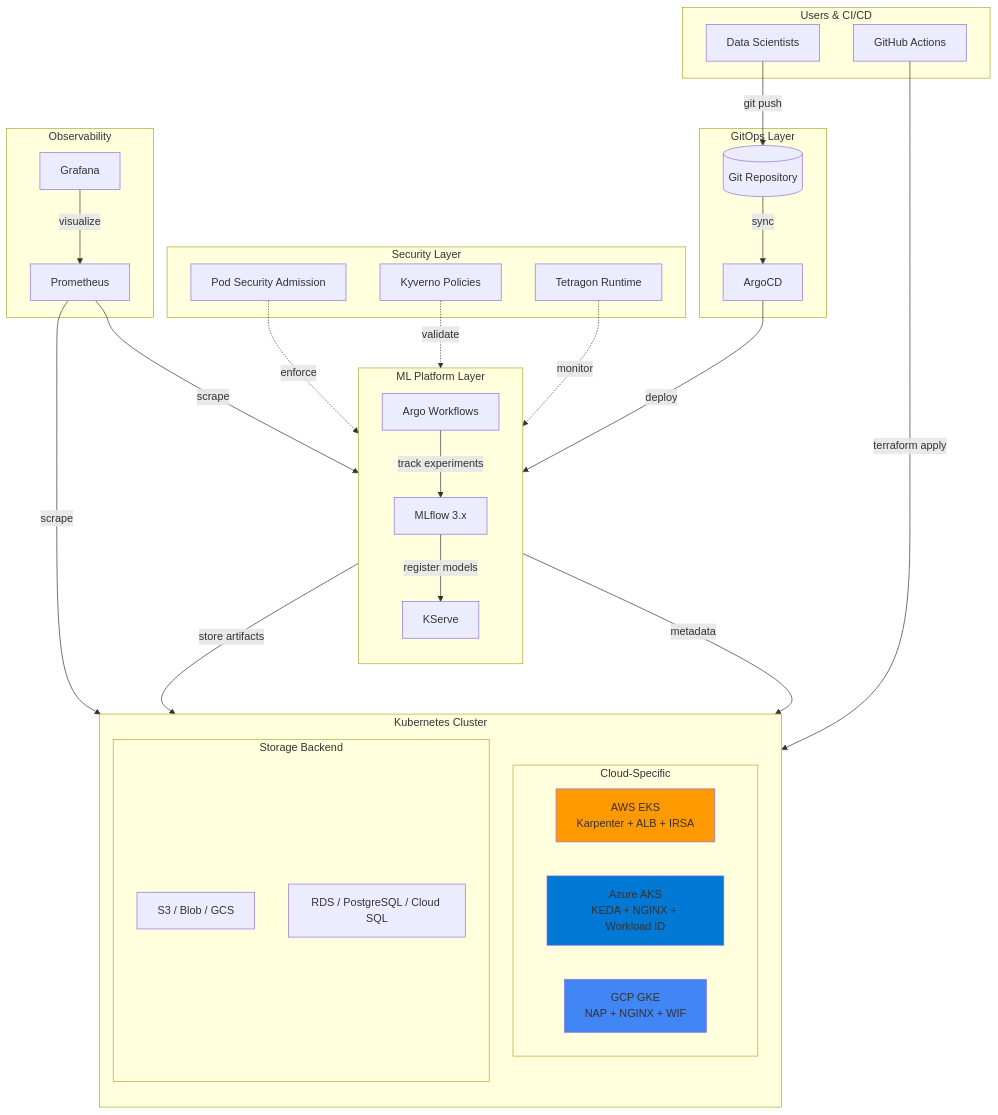
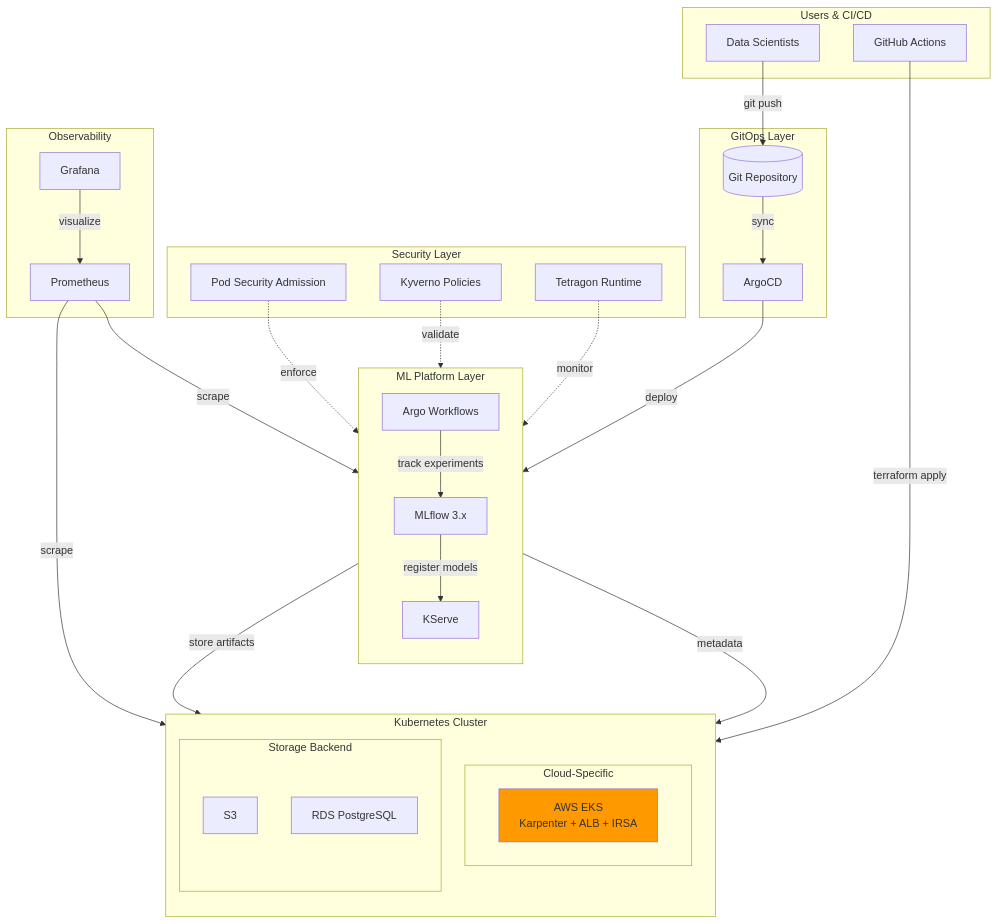
Before and after one commit to judeoyovbaire/mlops-platform: the diagram in docs/architecture.md, drawn with Mermaid. The commit also changed other lines of this file and 155 other files, not shown here.

First line of the commit message:
refactor!: remove Azure and GCP (ADR-017, JDH-407)

````diff
--- a/docs/architecture.md
+++ b/docs/architecture.md
@@ -9,65 +9,61 @@
 ```mermaid
 flowchart TB
     subgraph Users["Users & CI/CD"]
         DS[Data Scientists]
         CI[GitHub Actions]
     end
 
     subgraph GitOps["GitOps Layer"]
         ArgoCD[ArgoCD]
         Git[(Git Repository)]
     end
 
     subgraph MLPlatform["ML Platform Layer"]
         direction TB
         Argo[Argo Workflows]
         MLflow[MLflow 3.x]
         KServe[KServe]
     end
 
     subgraph Security["Security Layer"]
         PSA[Pod Security Admission]
         Kyverno[Kyverno Policies]
         Tetragon[Tetragon Runtime]
     end
 
     subgraph Observability["Observability"]
         Prometheus[Prometheus]
         Grafana[Grafana]
     end
 
     subgraph K8s["Kubernetes Cluster"]
         direction TB
         subgraph CloudSpecific["Cloud-Specific"]
             AWS["AWS EKS<br/>Karpenter + ALB + IRSA"]
-            Azure["Azure AKS<br/>KEDA + NGINX + Workload ID"]
-            GCP["GCP GKE<br/>NAP + NGINX + WIF"]
         end
         subgraph Storage["Storage Backend"]
-            S3["S3 / Blob / GCS"]
-            DB["RDS / PostgreSQL / Cloud SQL"]
+            S3["S3"]
+            DB["RDS PostgreSQL"]
         end
     end
 
     DS -->|git push| Git
     CI -->|terraform apply| K8s
     Git -->|sync| ArgoCD
     ArgoCD -->|deploy| MLPlatform
 
     Argo -->|track experiments| MLflow
     MLflow -->|register models| KServe
     Argo -->|store artifacts| S3
     MLflow -->|metadata| DB
 
     PSA -.->|enforce| MLPlatform
     Kyverno -.->|validate| MLPlatform
     Tetragon -.->|monitor| MLPlatform
 
     Prometheus -->|scrape| MLPlatform
     Prometheus -->|scrape| K8s
     Grafana -->|visualize| Prometheus
 
     style AWS fill:#ff9900
-    style Azure fill:#0078d4
-    style GCP fill:#4285f4
 ```
````
